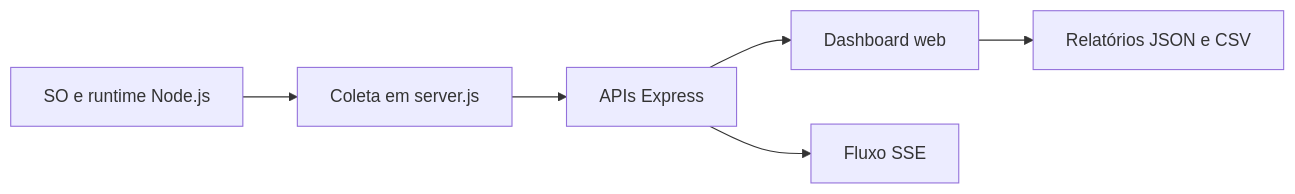
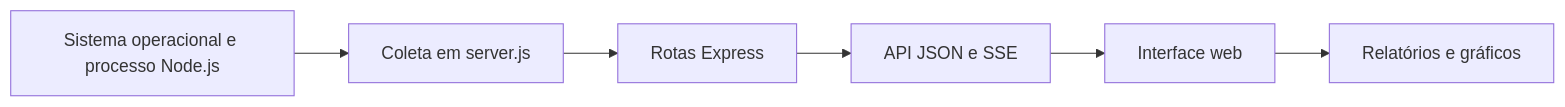
The diagram in README.md (theroven79-droid/DASHBOARD-MONITORAMENTO), drawn with Mermaid before and after one commit. The commit also changed other lines of this file, not shown here.

Commit message:
docs: rewrite dashboard README for technical coherence, accuracy and grammar

````diff
--- a/README.md
+++ b/README.md
@@ -24,8 +27,8 @@
 ```mermaid
 flowchart LR
-    A[SO e runtime Node.js] --> B[Coleta em server.js]
-    B --> C[APIs Express]
-    C --> D[Dashboard web]
-    C --> E[Fluxo SSE]
-    D --> F[Relatórios JSON e CSV]
+    A["Sistema operacional e processo Node.js"] --> B["Coleta em server.js"]
+    B --> C["Rotas Express"]
+    C --> D["API JSON e SSE"]
+    D --> E["Interface web"]
+    E --> F["Relatórios e gráficos"]
 ```
````
